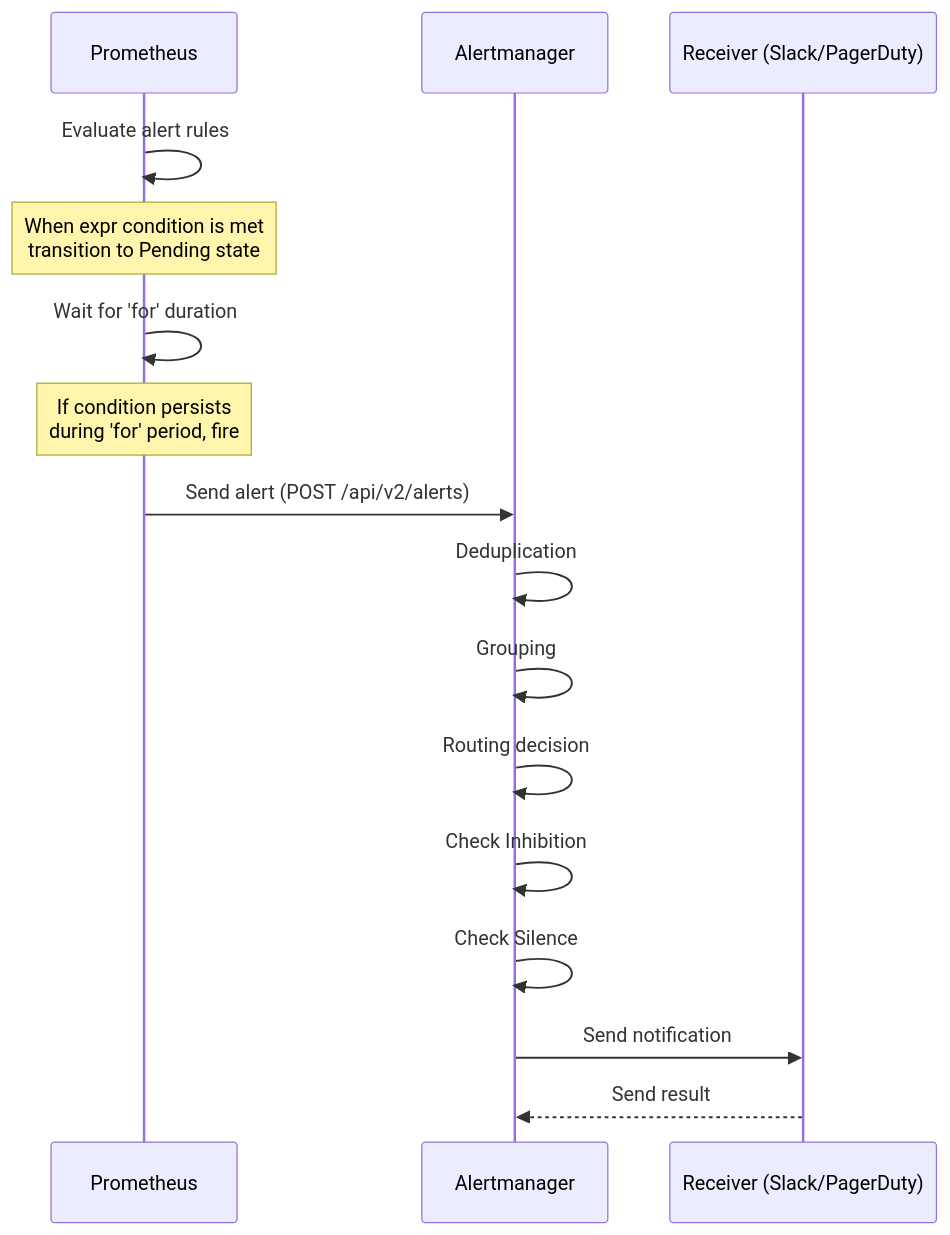
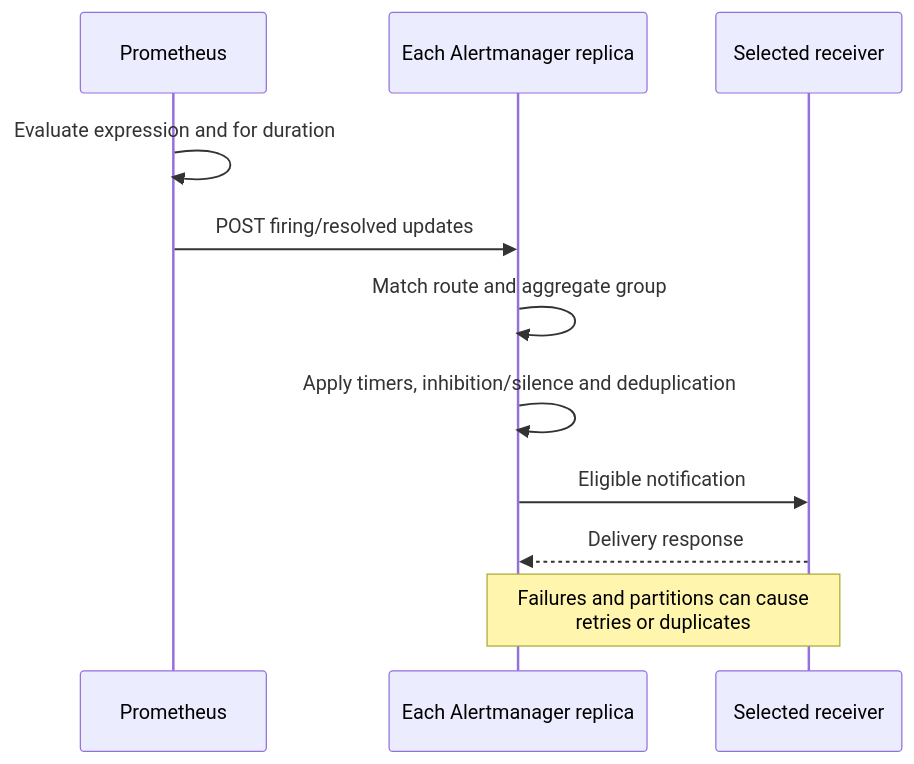
The first of 4 diagrams in cn/observability/alerting/01-alertmanager.md (Atom-oh/kubernetes-docs), drawn with Mermaid before and after one commit. The commit also changed other lines of this file and 8 other files, not shown here.

````diff
--- a/cn/observability/alerting/01-alertmanager.md
+++ b/cn/observability/alerting/01-alertmanager.md
@@ -38,19 +41,13 @@
 ```mermaid
 sequenceDiagram
-    participant P as Prometheus
-    participant AM as Alertmanager
-    participant R as Receiver (Slack/PagerDuty)
-
-    P->>P: Evaluate alert rules
-    Note over P: When expr condition is met<br/>transition to Pending state
-    P->>P: Wait for 'for' duration
-    Note over P: If condition persists<br/>during 'for' period, fire
-    P->>AM: Send alert (POST /api/v2/alerts)
-    AM->>AM: Deduplication
-    AM->>AM: Grouping
-    AM->>AM: Routing decision
-    AM->>AM: Check Inhibition
-    AM->>AM: Check Silence
-    AM->>R: Send notification
-    R-->>AM: Send result
+  participant P as Prometheus
+  participant A as Each Alertmanager replica
+  participant R as Selected receiver
+  P->>P: Evaluate expression and for duration
+  P->>A: POST firing/resolved updates
+  A->>A: Match route and aggregate group
+  A->>A: Apply timers, inhibition/silence and deduplication
+  A->>R: Eligible notification
+  R-->>A: Delivery response
+  Note over A,R: Failures and partitions can cause<br/>retries or duplicates
 ```
````
